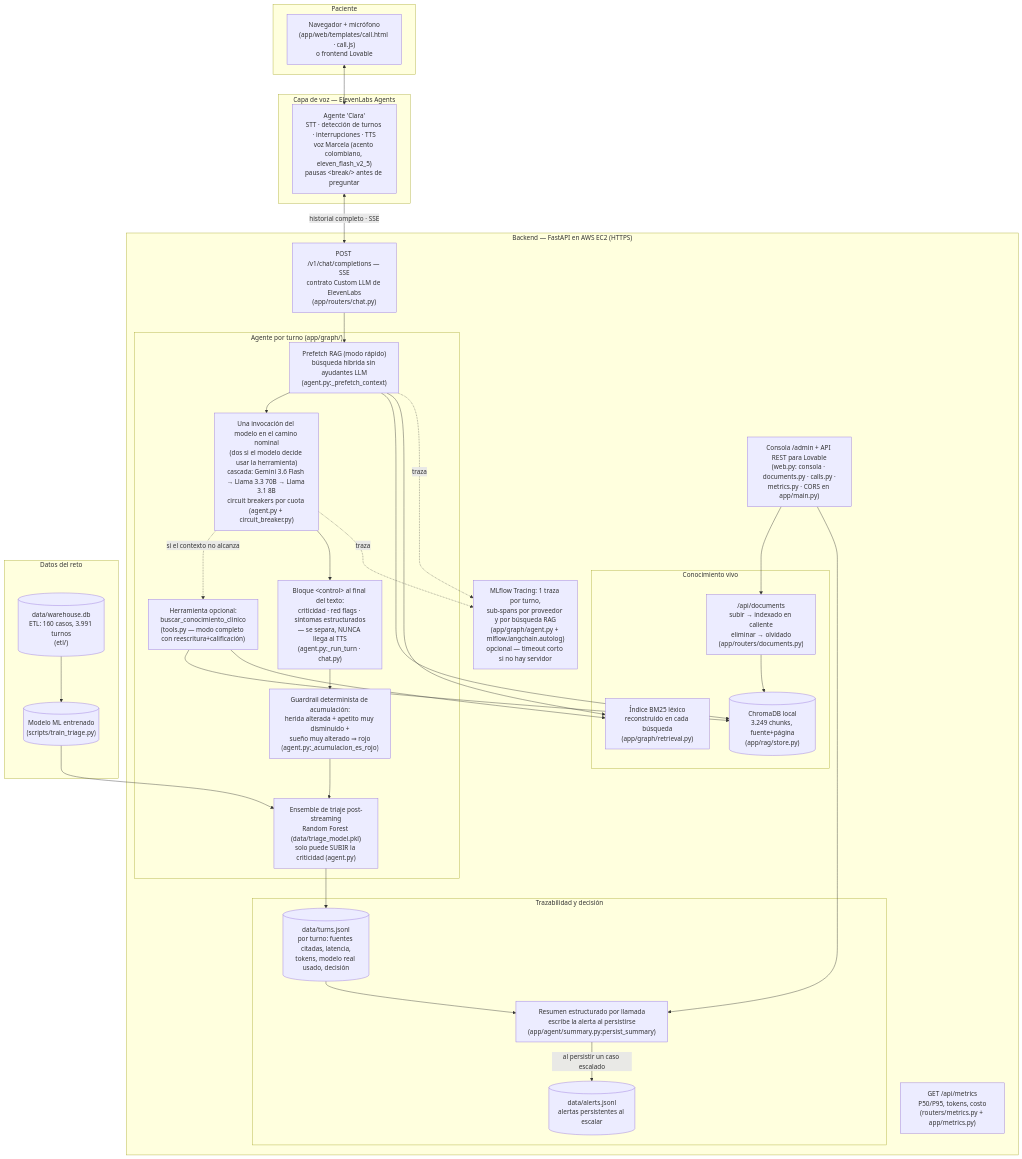
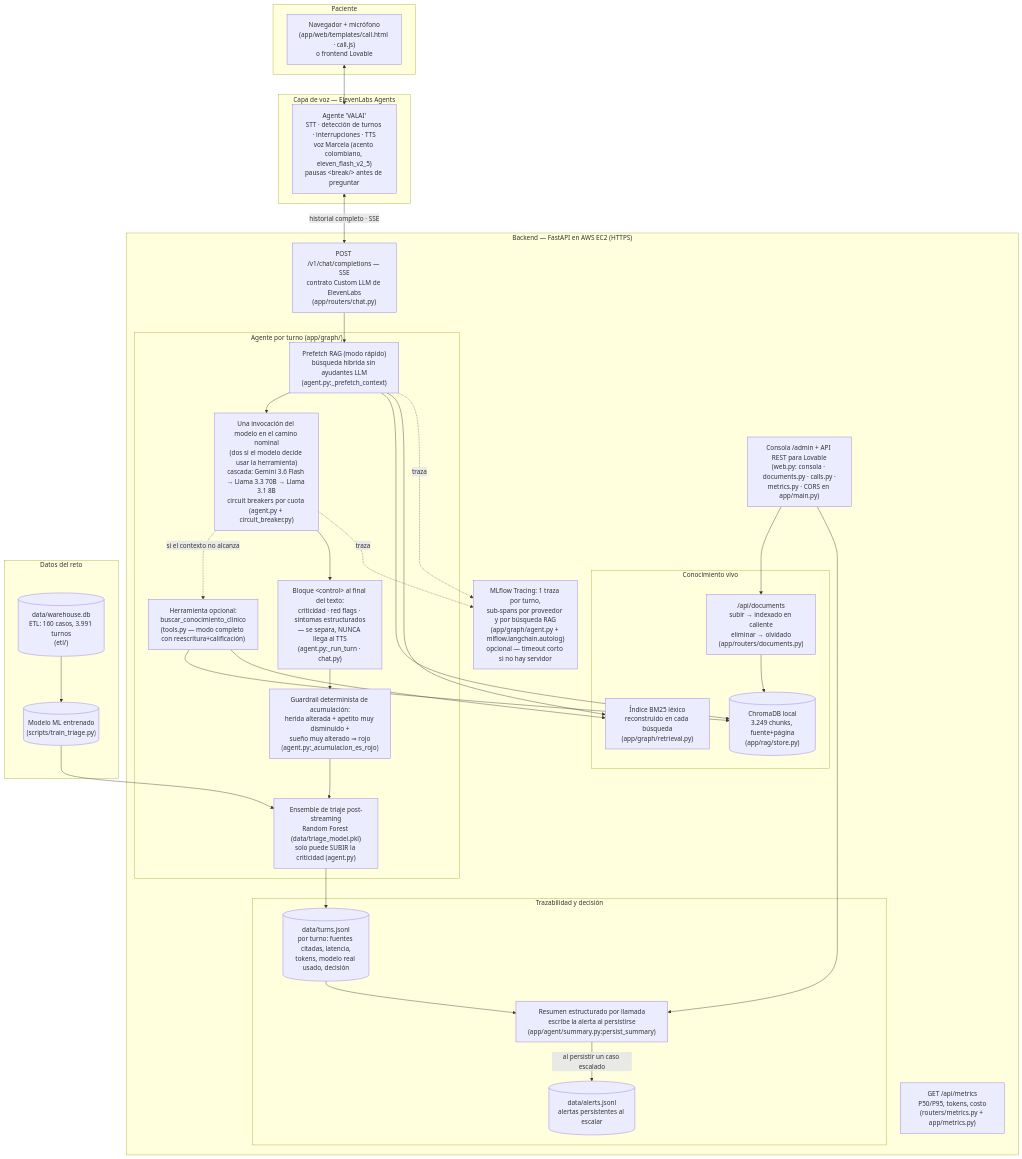
Before and after one commit to NatoRemolina/postop-voice-agent: the first of 3 diagrams in docs/entregables/diagrama.md, drawn with Mermaid. The commit also changed 4 other files, not shown here.

````diff
--- a/docs/entregables/diagrama.md
+++ b/docs/entregables/diagrama.md
@@ -9,63 +9,63 @@
 ```mermaid
 flowchart TB
     subgraph paciente["Paciente"]
         MIC["Navegador + micrófono<br/>(app/web/templates/call.html · call.js)<br/>o frontend Lovable"]
     end
 
     subgraph voz["Capa de voz — ElevenLabs Agents"]
-        EL["Agente 'Clara'<br/>STT · detección de turnos · interrupciones · TTS<br/>voz Marcela (acento colombiano, eleven_flash_v2_5)<br/>pausas &lt;break/&gt; antes de preguntar"]
+        EL["Agente 'VALAI'<br/>STT · detección de turnos · interrupciones · TTS<br/>voz Marcela (acento colombiano, eleven_flash_v2_5)<br/>pausas &lt;break/&gt; antes de preguntar"]
     end
 
     subgraph backend["Backend — FastAPI en AWS EC2 (HTTPS)"]
         CHAT["POST /v1/chat/completions — SSE<br/>contrato Custom LLM de ElevenLabs<br/>(app/routers/chat.py)"]
 
         subgraph agente["Agente por turno (app/graph/)"]
             PRE["Prefetch RAG (modo rápido)<br/>búsqueda híbrida sin ayudantes LLM<br/>(agent.py:_prefetch_context)"]
             LLM["Una invocación del modelo en el camino nominal<br/>(dos si el modelo decide usar la herramienta)<br/>cascada: Gemini 3.6 Flash → Llama 3.3 70B → Llama 3.1 8B<br/>circuit breakers por cuota (agent.py + circuit_breaker.py)"]
             TOOL["Herramienta opcional:<br/>buscar_conocimiento_clinico<br/>(tools.py — modo completo con reescritura+calificación)"]
             CTRL["Bloque &lt;control&gt; al final del texto:<br/>criticidad · red flags · síntomas estructurados<br/>— se separa, NUNCA llega al TTS<br/>(agent.py:_run_turn · chat.py)"]
             ML["Ensemble de triaje post-streaming<br/>Random Forest (data/triage_model.pkl)<br/>solo puede SUBIR la criticidad (agent.py)"]
             ACUM["Guardrail determinista de acumulación:<br/>herida alterada + apetito muy disminuido +<br/>sueño muy alterado ⇒ rojo<br/>(agent.py:_acumulacion_es_rojo)"]
         end
 
         subgraph conocimiento["Conocimiento vivo"]
             CHROMA[("ChromaDB local<br/>3.249 chunks, fuente+página<br/>(app/rag/store.py)")]
             BM25["Índice BM25 léxico<br/>reconstruido en cada búsqueda<br/>(app/graph/retrieval.py)"]
             DOCS["/api/documents<br/>subir → indexado en caliente<br/>eliminar → olvidado<br/>(app/routers/documents.py)"]
         end
 
         subgraph registro["Trazabilidad y decisión"]
             TURNS[("data/turns.jsonl<br/>por turno: fuentes citadas, latencia,<br/>tokens, modelo real usado, decisión")]
             ALERTS[("data/alerts.jsonl<br/>alertas persistentes al escalar")]
             SUMM["Resumen estructurado por llamada<br/>escribe la alerta al persistirse<br/>(app/agent/summary.py:persist_summary)"]
         end
 
         ADMIN["Consola /admin + API REST para Lovable<br/>(web.py: consola · documents.py · calls.py ·<br/>metrics.py · CORS en app/main.py)"]
         METRICS["GET /api/metrics<br/>P50/P95, tokens, costo<br/>(routers/metrics.py + app/metrics.py)"]
         MLF["MLflow Tracing: 1 traza por turno,<br/>sub-spans por proveedor y por búsqueda RAG<br/>(app/graph/agent.py + mlflow.langchain.autolog)<br/>opcional — timeout corto si no hay servidor"]
     end
 
     subgraph datos["Datos del reto"]
         WH[("data/warehouse.db<br/>ETL: 160 casos, 3.991 turnos<br/>(etl/)")]
         PKL[("Modelo ML entrenado<br/>(scripts/train_triage.py)")]
     end
 
     MIC <--> EL
     EL <-->|"historial completo · SSE"| CHAT
     CHAT --> PRE --> LLM
     LLM -.->|"si el contexto no alcanza"| TOOL
     TOOL --> CHROMA
     TOOL --> BM25
     PRE --> CHROMA
     PRE --> BM25
     LLM --> CTRL --> ACUM --> ML
     ML --> TURNS
     TURNS --> SUMM
     SUMM -->|"al persistir un caso escalado"| ALERTS
     DOCS --> CHROMA
     ADMIN --> DOCS
     ADMIN --> SUMM
     WH --> PKL --> ML
     PRE -.->|"traza"| MLF
     LLM -.->|"traza"| MLF
 ```
````
